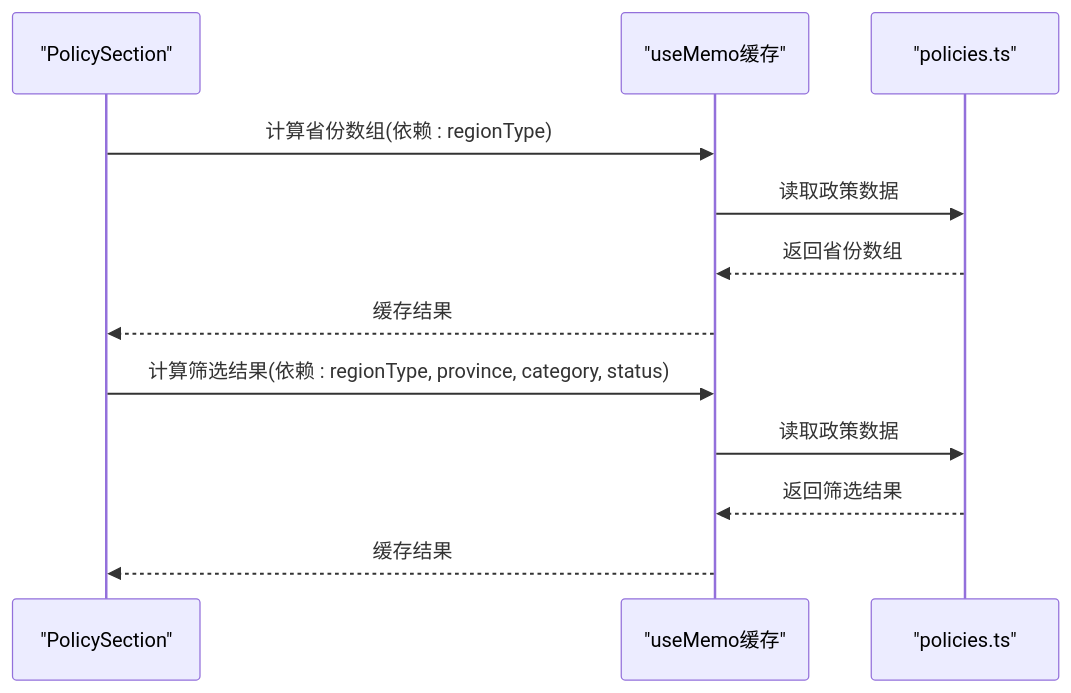
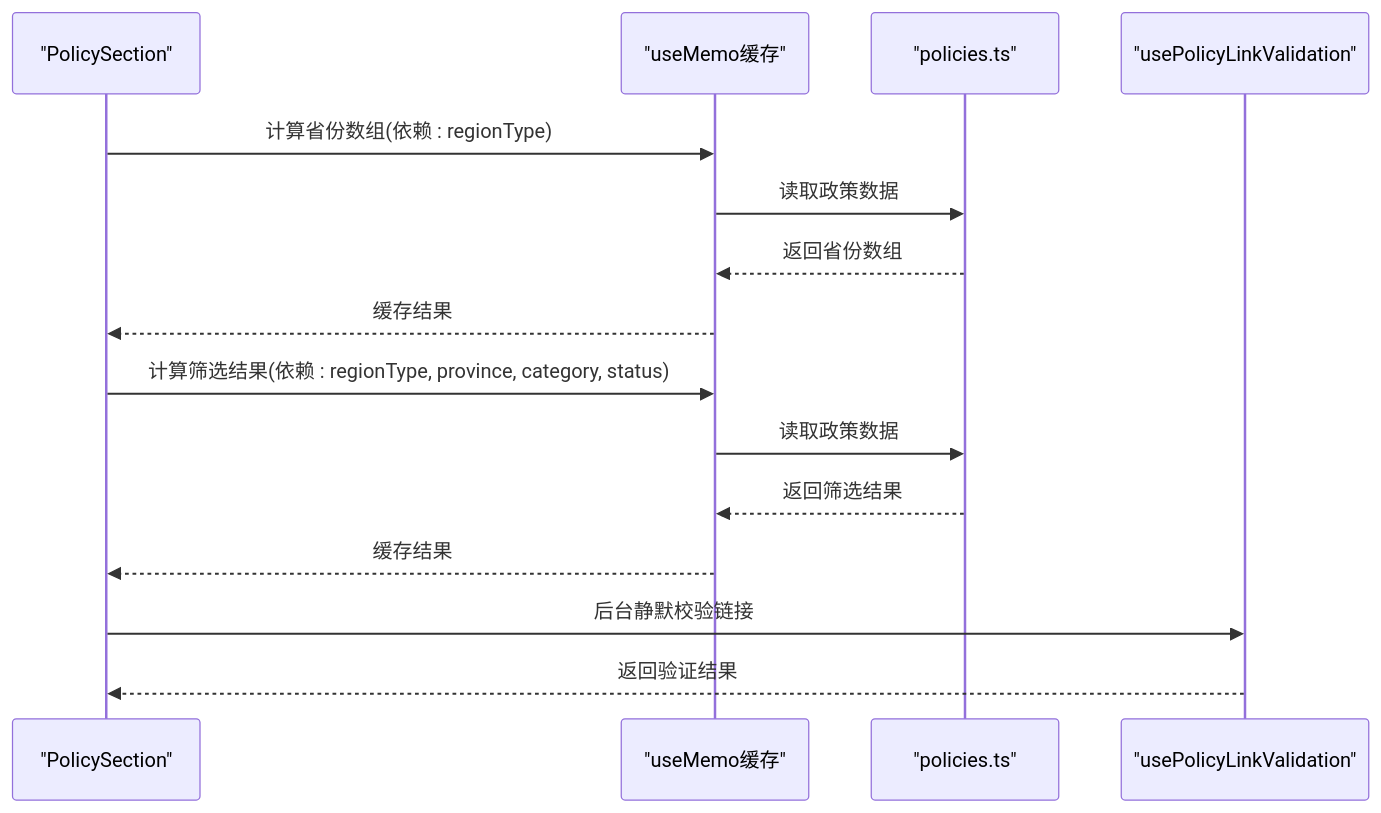
The tenth of 12 diagrams in .qoder/repowiki/zh/content/功能模块/政策信息模块.md (liangxuanliang-cmd/carbon-info-agent), drawn with Mermaid before and after one commit. The commit also changed other lines of this file and 6 other files, not shown here.

````diff
--- a/.qoder/repowiki/zh/content/功能模块/政策信息模块.md
+++ b/.qoder/repowiki/zh/content/功能模块/政策信息模块.md
@@ -324,14 +357,17 @@
 ```mermaid
 sequenceDiagram
 participant PS as "PolicySection"
 participant MEMO as "useMemo缓存"
 participant DATA as "policies.ts"
+participant HOOK as "usePolicyLinkValidation"
 PS->>MEMO : 计算省份数组(依赖 : regionType)
 MEMO->>DATA : 读取政策数据
 DATA-->>MEMO : 返回省份数组
 MEMO-->>PS : 缓存结果
 PS->>MEMO : 计算筛选结果(依赖 : regionType, province, category, status)
 MEMO->>DATA : 读取政策数据
 DATA-->>MEMO : 返回筛选结果
 MEMO-->>PS : 缓存结果
+PS->>HOOK : 后台静默校验链接
+HOOK-->>PS : 返回验证结果
 ```
````
